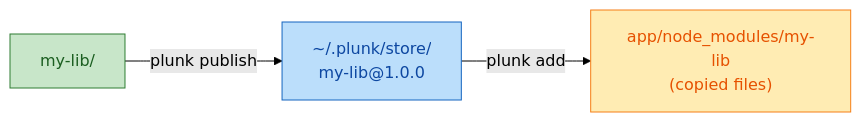
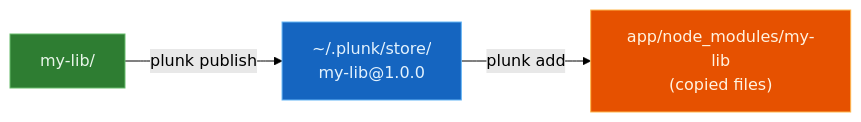
The third of 4 diagrams in docs/comparison.md (oleg-kuibar/plunk), drawn with Mermaid (forest theme) before and after one commit. The commit also changed other lines of this file and 5 other files, not shown here.

First line of the commit message:
docs: use dark-fill mermaid colors for dark-themed UI readability

````diff
--- a/docs/comparison.md
+++ b/docs/comparison.md
@@ -41,9 +41,9 @@
 ```mermaid
 graph LR
     A["my-lib/"] -- "plunk publish" --> B["~/.plunk/store/<br/>my-lib@1.0.0"]
     B -- "plunk add" --> C["app/node_modules/my-lib<br/>(copied files)"]
 
-    style A fill:#c8e6c9,stroke:#2e7d32,color:#1b5e20
-    style B fill:#bbdefb,stroke:#1565c0,color:#0d47a1
-    style C fill:#ffecb3,stroke:#f57f17,color:#e65100
+    style A fill:#2e7d32,stroke:#66bb6a,color:#e8f5e9
+    style B fill:#1565c0,stroke:#64b5f6,color:#e3f2fd
+    style C fill:#e65100,stroke:#ffb74d,color:#fff3e0
 ```
````
